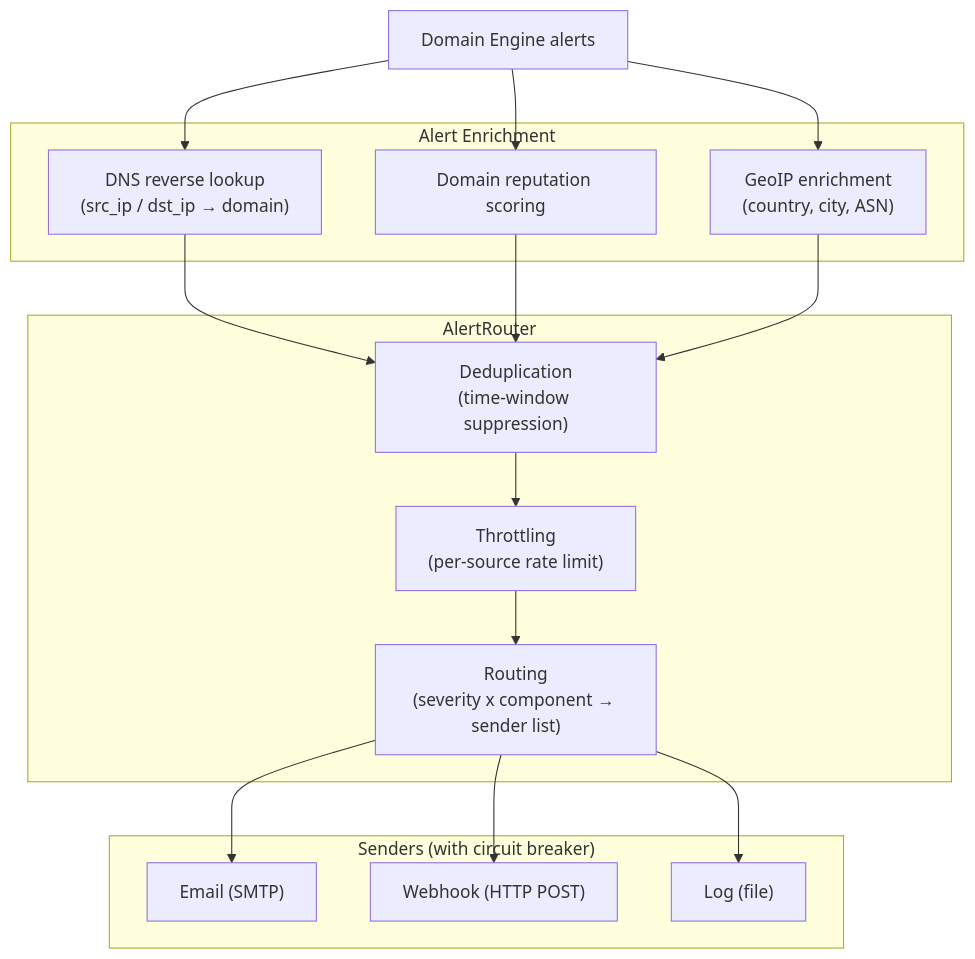
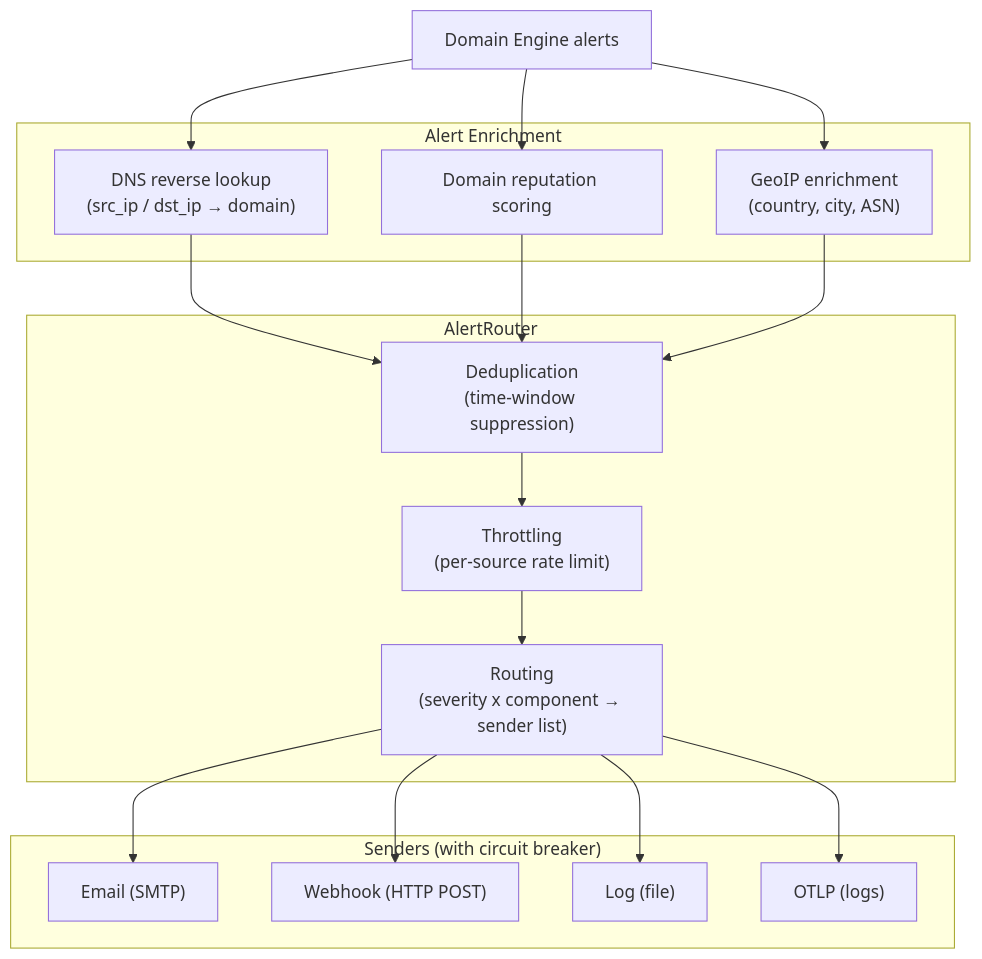
Before and after one commit to ebpfsentinel/ebpfsentinel-docs: the fourth of 7 diagrams in docs/architecture/data-flow.md, drawn with Mermaid. The commit also changed other lines of this file and 6 other files, not shown here.

Commit message:
docs: match architecture and deployment matrix to the warden model, TC chain, per-container hooks and namespace scope

````diff
--- a/docs/architecture/data-flow.md
+++ b/docs/architecture/data-flow.md
@@ -183,29 +188,30 @@
 ```mermaid
 flowchart TD
     ALERTS["Domain Engine alerts"]
 
     subgraph ENRICH["Alert Enrichment"]
         DNS_REV["DNS reverse lookup\n(src_ip / dst_ip → domain)"]
         REP["Domain reputation scoring"]
         GEO["GeoIP enrichment\n(country, city, ASN)"]
     end
 
     ALERTS --> DNS_REV & REP & GEO
 
     subgraph ROUTER["AlertRouter"]
         DEDUP["Deduplication\n(time-window suppression)"]
         THROTTLE["Throttling\n(per-source rate limit)"]
         ROUTING["Routing\n(severity x component → sender list)"]
         DEDUP --> THROTTLE --> ROUTING
     end
 
     DNS_REV & REP & GEO --> DEDUP
 
     subgraph SENDERS["Senders (with circuit breaker)"]
         EMAIL["Email (SMTP)"]
         WEBHOOK["Webhook (HTTP POST)"]
         LOG["Log (file)"]
+        OTLP["OTLP (logs)"]
     end
 
-    ROUTING --> EMAIL & WEBHOOK & LOG
+    ROUTING --> EMAIL & WEBHOOK & LOG & OTLP
 ```
````
